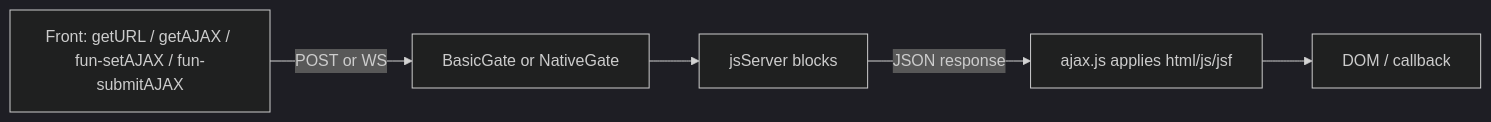
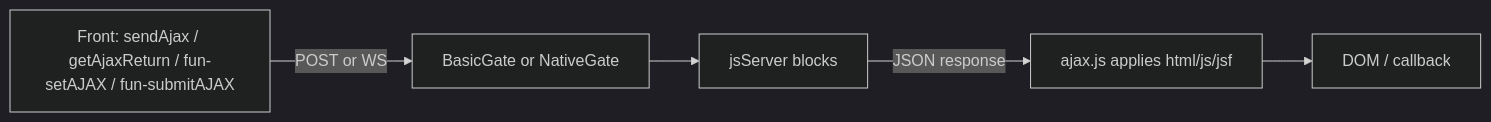
The diagram in res/docs/skills/07-sartajphp-ajax-library-use.md (sartaj-sphp/SartajPHP-Framework), drawn with Mermaid (dark theme) before and after one commit. The commit also changed other lines of this file and 191 other files, not shown here.

````diff
--- a/res/docs/skills/07-sartajphp-ajax-library-use.md
+++ b/res/docs/skills/07-sartajphp-ajax-library-use.md
@@ -15,7 +15,7 @@
 ```mermaid
 flowchart LR
-  front["Front: getURL / getAJAX / fun-setAJAX / fun-submitAJAX"] -->|POST or WS| gate[BasicGate or NativeGate]
+  front["Front: sendAjax / getAjaxReturn / fun-setAJAX / fun-submitAJAX"] -->|POST or WS| gate[BasicGate or NativeGate]
   gate --> js["jsServer blocks"]
   js -->|JSON response| ajaxjs["ajax.js applies html/js/jsf"]
   ajaxjs --> dom[DOM / callback]
 ```
````
